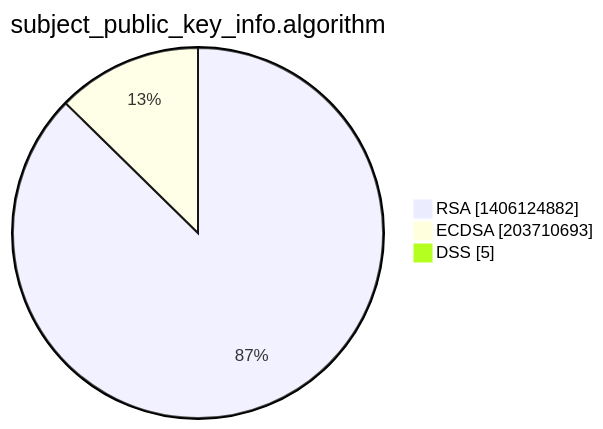
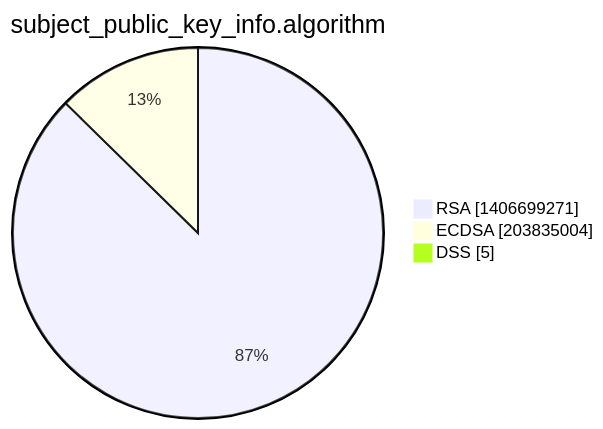
The third of 15 diagrams in xenon2022/README.md (christiankrug/ctmonitor_visualization), drawn with Mermaid before and after one commit. The commit also changed other lines of this file, not shown here.

````diff
--- a/xenon2022/README.md
+++ b/xenon2022/README.md
@@ -14,7 +14,7 @@
 ```mermaid
 pie showData
 title subject_public_key_info.algorithm
-"RSA" :1406124882
-"ECDSA" :203710693
+"RSA" :1406699271
+"ECDSA" :203835004
 "DSS" :5
 ```
````
